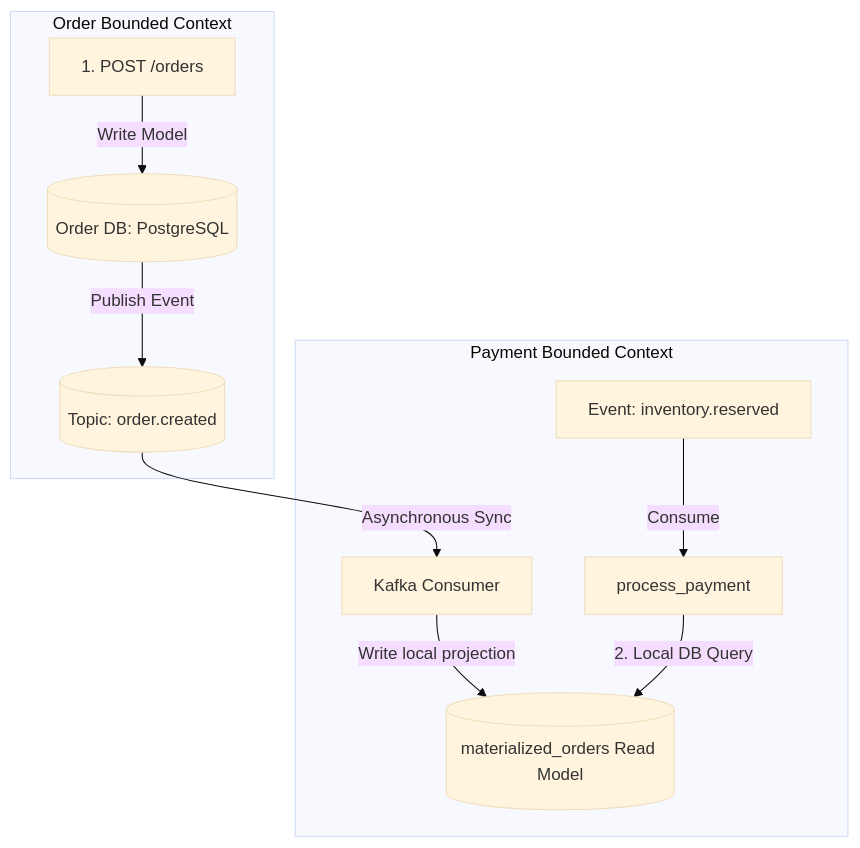
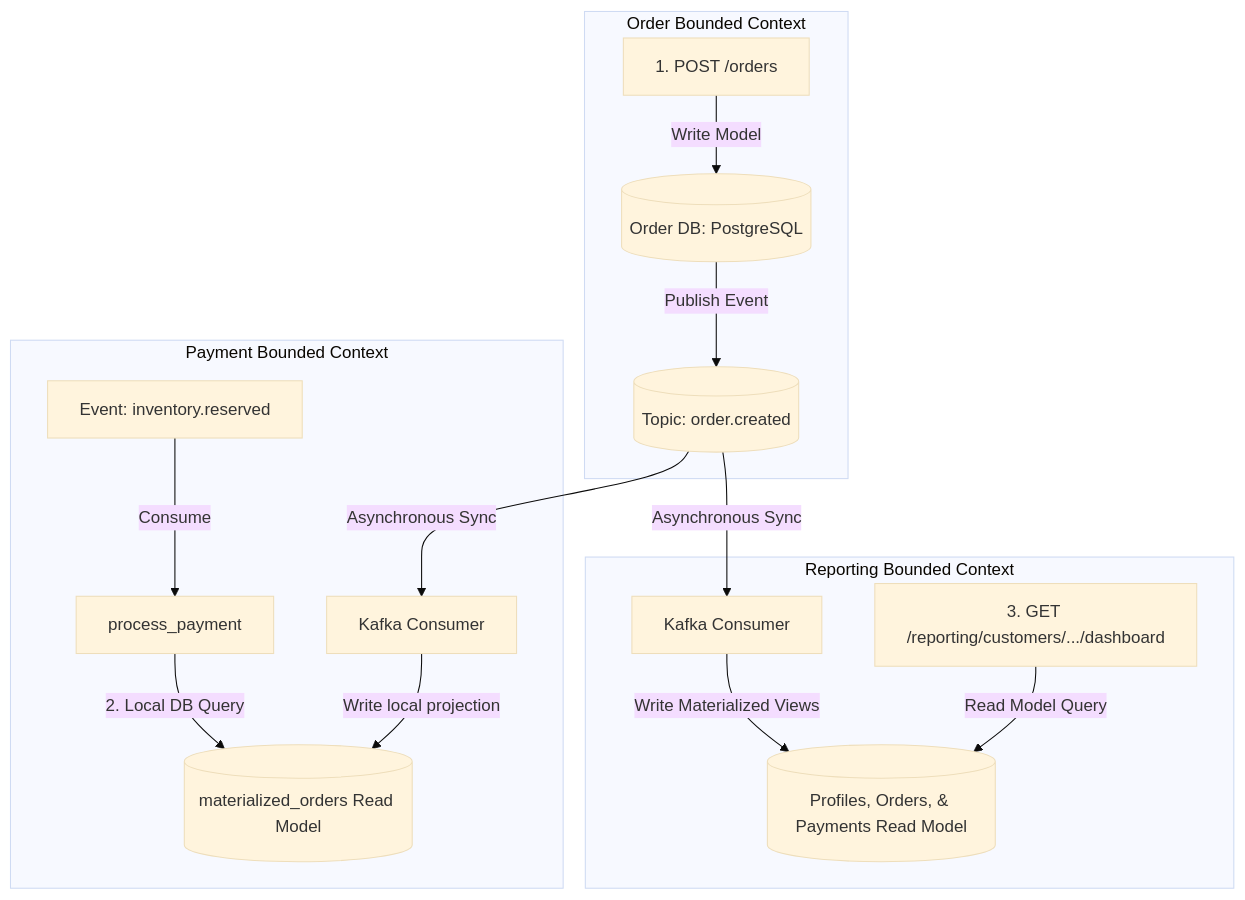
Before and after one commit to ahmadabd/system_design: the second of 3 diagrams in README.md, drawn with Mermaid (base theme). The commit also changed other lines of this file and 16 other files, not shown here.

````diff
--- a/README.md
+++ b/README.md
@@ -167,15 +175,22 @@
 ```mermaid
 flowchart TD
     subgraph Order Context [Order Bounded Context]
         CMD[1. POST /orders] -->|Write Model| OrderDB[("Order DB: PostgreSQL")]
         OrderDB -->|Publish Event| Kafka[("Topic: order.created")]
     end
 
     subgraph Payment Context [Payment Bounded Context]
         Kafka -->|Asynchronous Sync| Sub[Kafka Consumer]
         Sub -->|Write local projection| ReadTable[("materialized_orders Read Model")]
         
         InvEvent[Event: inventory.reserved] -->|Consume| PayProc[process_payment]
         PayProc -->|2. Local DB Query| ReadTable
     end
+
+    subgraph Reporting Context [Reporting Bounded Context]
+        Kafka -->|Asynchronous Sync| RepSub[Kafka Consumer]
+        RepSub -->|Write Materialized Views| RepTable[("Profiles, Orders, & Payments Read Model")]
+        
+        QueryCMD[3. GET /reporting/customers/.../dashboard] -->|Read Model Query| RepTable
+    end
 ```
````
